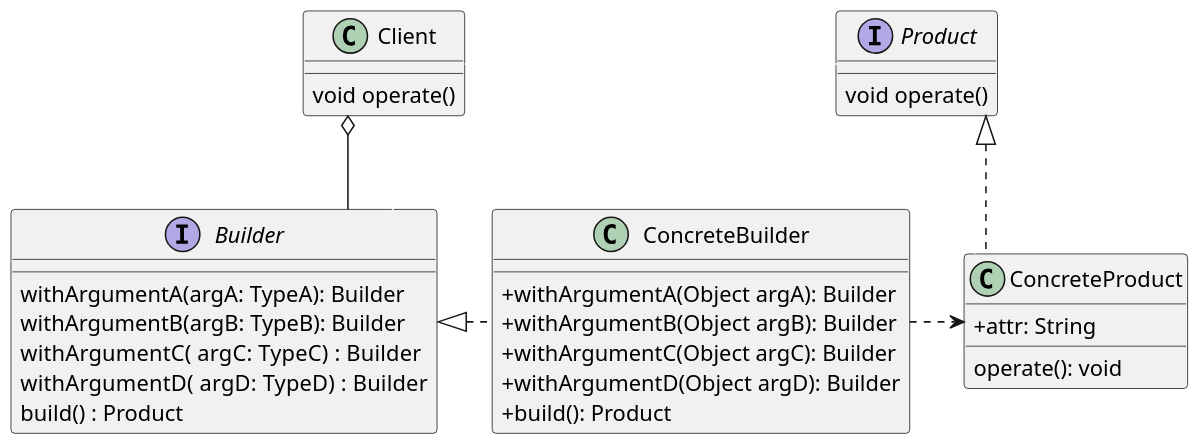
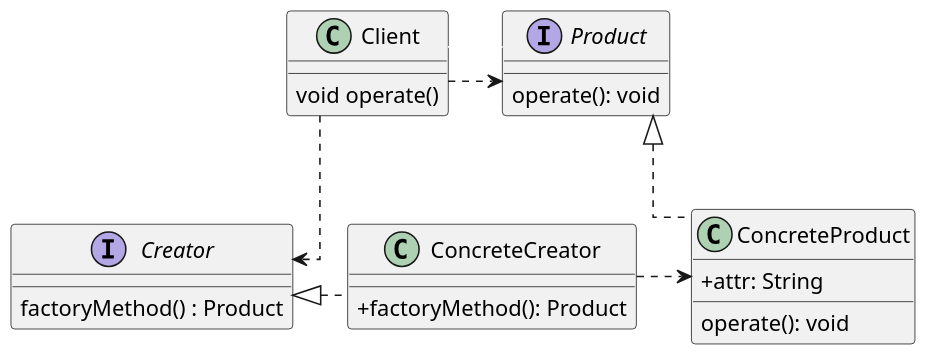
One commit to weigangs/designPatternsLearn changed the diagram in uml/FactoryMethod.puml. Above: the diagram before and after it, drawn with PlantUML. The commit also changed 5 other files, not shown here.

```diff
--- a/uml/FactoryMethod.puml
+++ b/uml/FactoryMethod.puml
@@ -1,47 +1,39 @@
 @startuml
 
 skinparam classAttributeIconSize 0
 skinparam linetype ortho
 skinparam defaultTextAlignment center
 skinparam dpi 150
 ' up to down direction
 
 interface Product {
-    void operate()
+     operate(): void
 }
 
 class ConcreteProduct {
     +attr: String 
      operate(): void
 }
 
-interface Builder {
-     withArgumentA(argA: TypeA): Builder
-     withArgumentB(argB: TypeB): Builder
-     withArgumentC( argC: TypeC)  : Builder
-     withArgumentD( argD: TypeD)  : Builder
-     build() : Product
+interface Creator {
+     factoryMethod() : Product
 }
 
-class ConcreteBuilder  {
-     + withArgumentA(Object argA): Builder
-     + withArgumentB(Object argB): Builder
-     + withArgumentC(Object argC): Builder
-     + withArgumentD(Object argD): Builder
-     + build(): Product
+class ConcreteCreator  {
+     + factoryMethod(): Product
 }
 
 
 
 class Client {
     void operate()
 }
 
+ConcreteCreator .up|> Creator
 ConcreteProduct .up|> Product
-ConcreteBuilder .up|> Builder
-ConcreteBuilder ..right> ConcreteProduct
+ConcreteCreator ..right> ConcreteProduct
 Client  -[#white]> Product
-ConcreteProduct  -[#white]> Builder
 
-Client o--down Builder
+Client ..down> Creator
+Client ..down> Product
 @enduml
```
